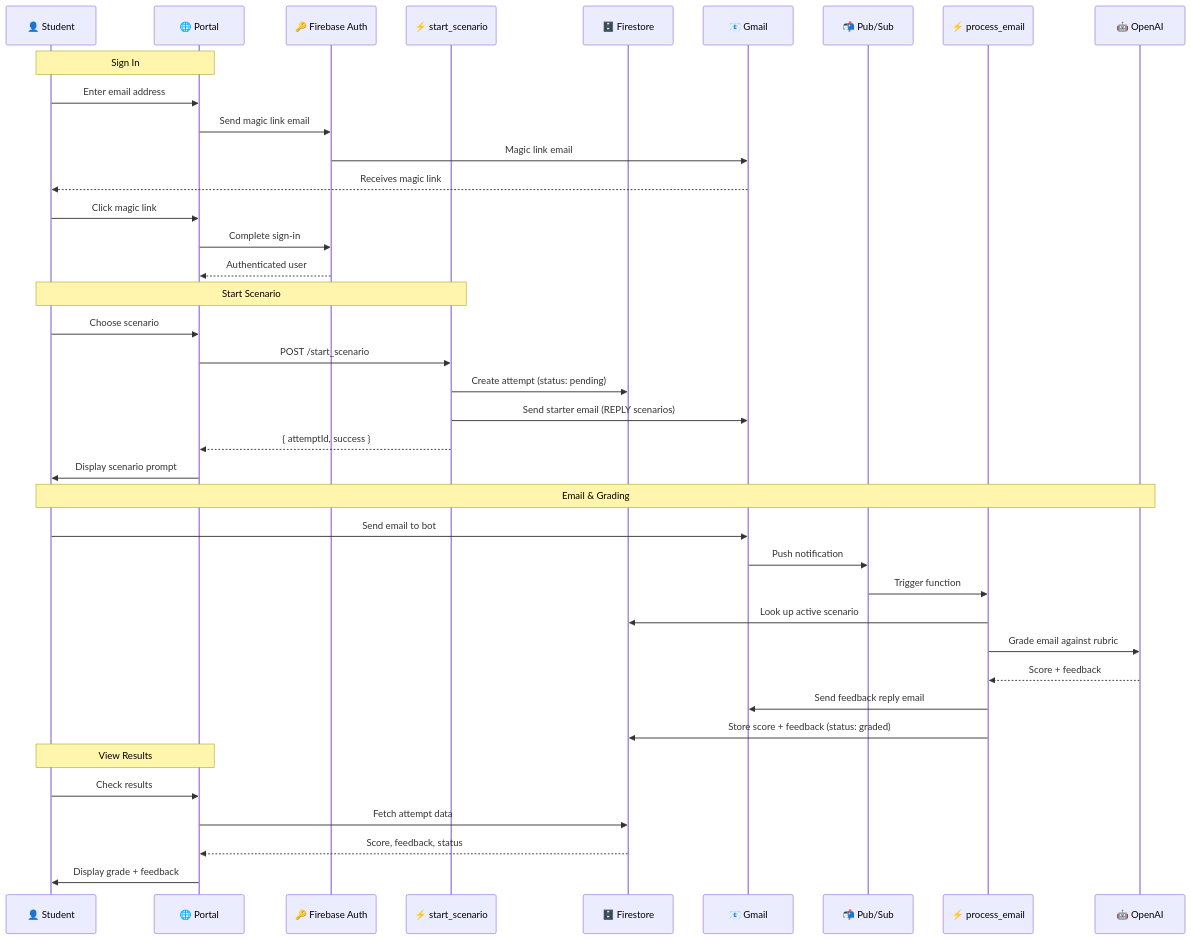
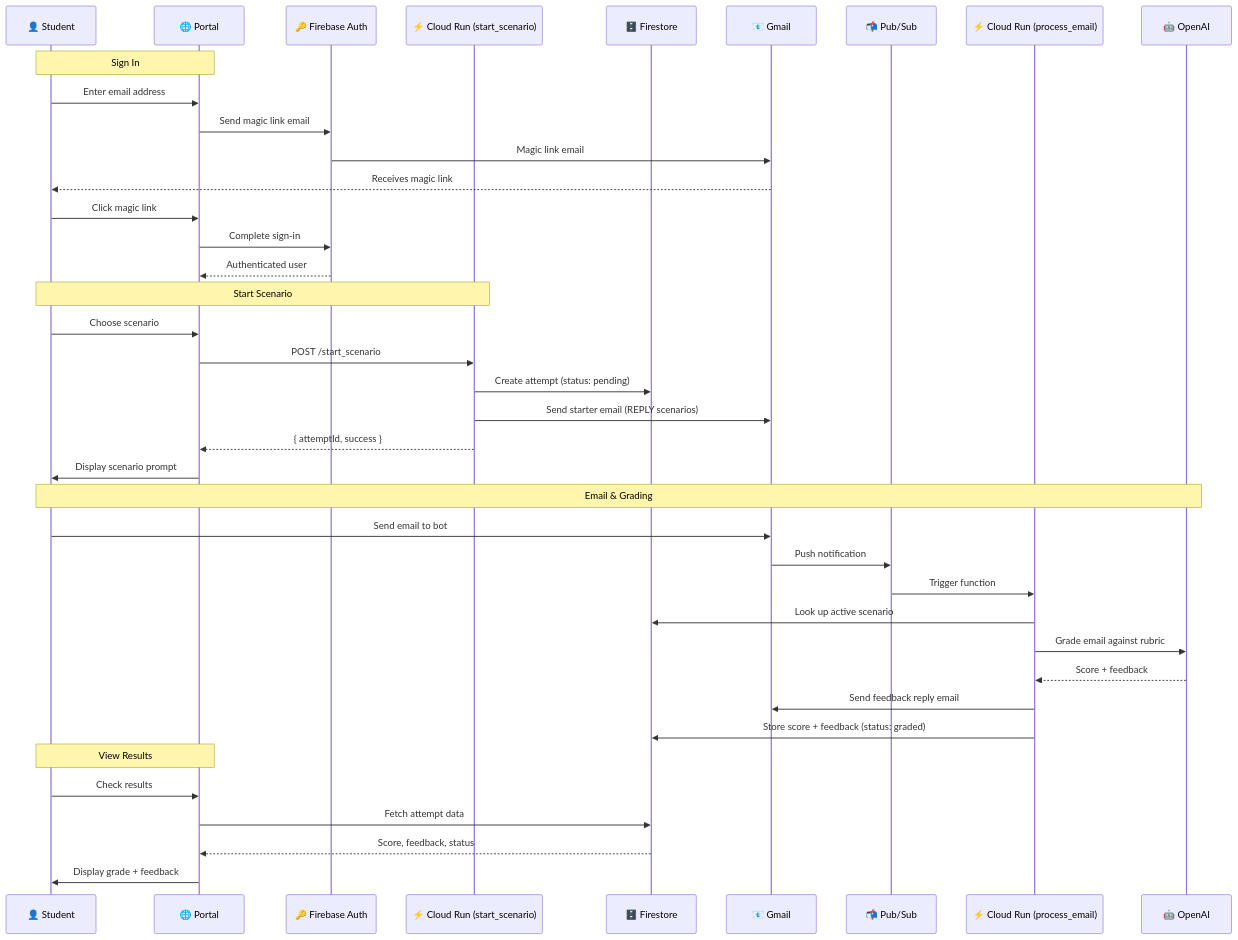
Before and after one commit to pathway-email-bot/pebservice: the second of 2 diagrams in readme.md, drawn with Mermaid. The commit also changed other lines of this file and 23 other files, not shown here.

First line of the commit message:
Migrate from Cloud Functions to Cloud Run

````diff
--- a/readme.md
+++ b/readme.md
@@ -46,45 +45,45 @@
 ```mermaid
 sequenceDiagram
     participant S as 👤 Student
     participant P as 🌐 Portal
     participant FA as 🔑 Firebase Auth
-    participant SF as ⚡ start_scenario
+    participant SF as ⚡ Cloud Run (start_scenario)
     participant F as 🗄️ Firestore
     participant G as 📧 Gmail
     participant PS as 📬 Pub/Sub
-    participant PE as ⚡ process_email
+    participant PE as ⚡ Cloud Run (process_email)
     participant AI as 🤖 OpenAI
 
     Note over S,P: Sign In
     S->>P: Enter email address
     P->>FA: Send magic link email
     FA->>G: Magic link email
     G-->>S: Receives magic link
     S->>P: Click magic link
     P->>FA: Complete sign-in
     FA-->>P: Authenticated user
 
     Note over S,SF: Start Scenario
     S->>P: Choose scenario
     P->>SF: POST /start_scenario
     SF->>F: Create attempt (status: pending)
     SF->>G: Send starter email (REPLY scenarios)
     SF-->>P: { attemptId, success }
     P->>S: Display scenario prompt
 
     Note over S,AI: Email & Grading
     S->>G: Send email to bot
     G->>PS: Push notification
     PS->>PE: Trigger function
     PE->>F: Look up active scenario
     PE->>AI: Grade email against rubric
     AI-->>PE: Score + feedback
     PE->>G: Send feedback reply email
     PE->>F: Store score + feedback (status: graded)
 
     Note over S,P: View Results
     S->>P: Check results
     P->>F: Fetch attempt data
     F-->>P: Score, feedback, status
     P->>S: Display grade + feedback
 ```
````
